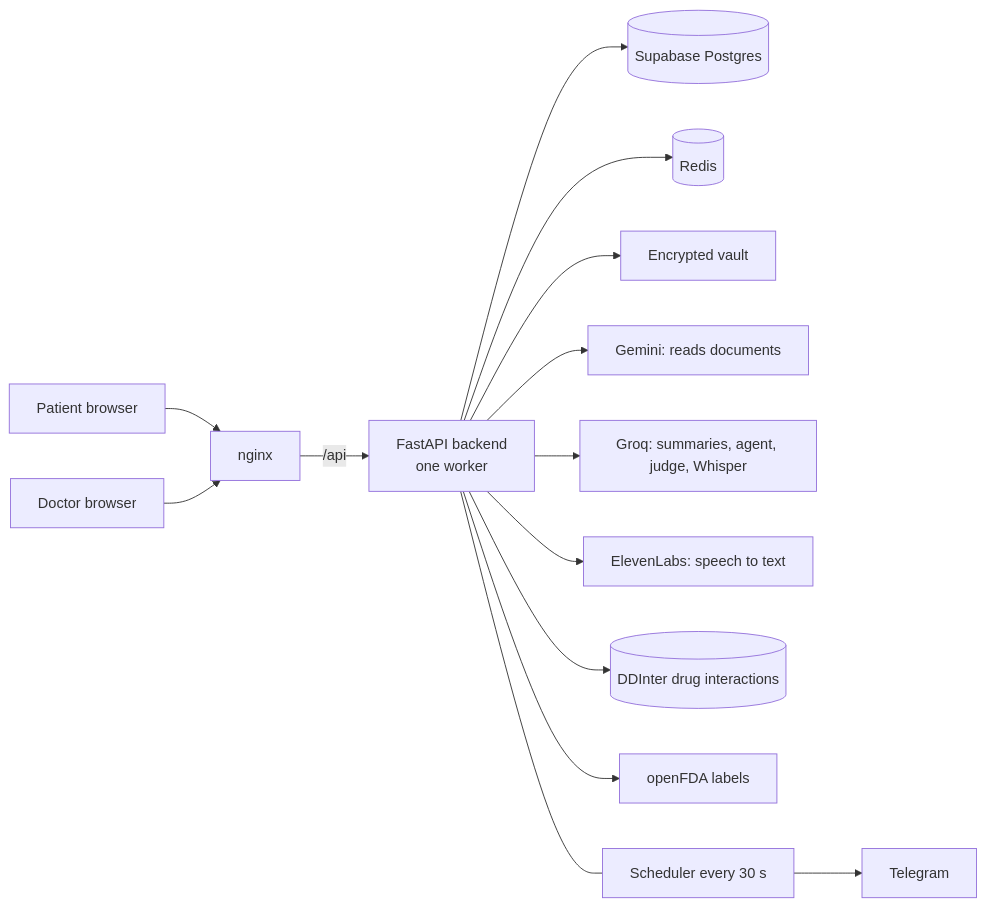
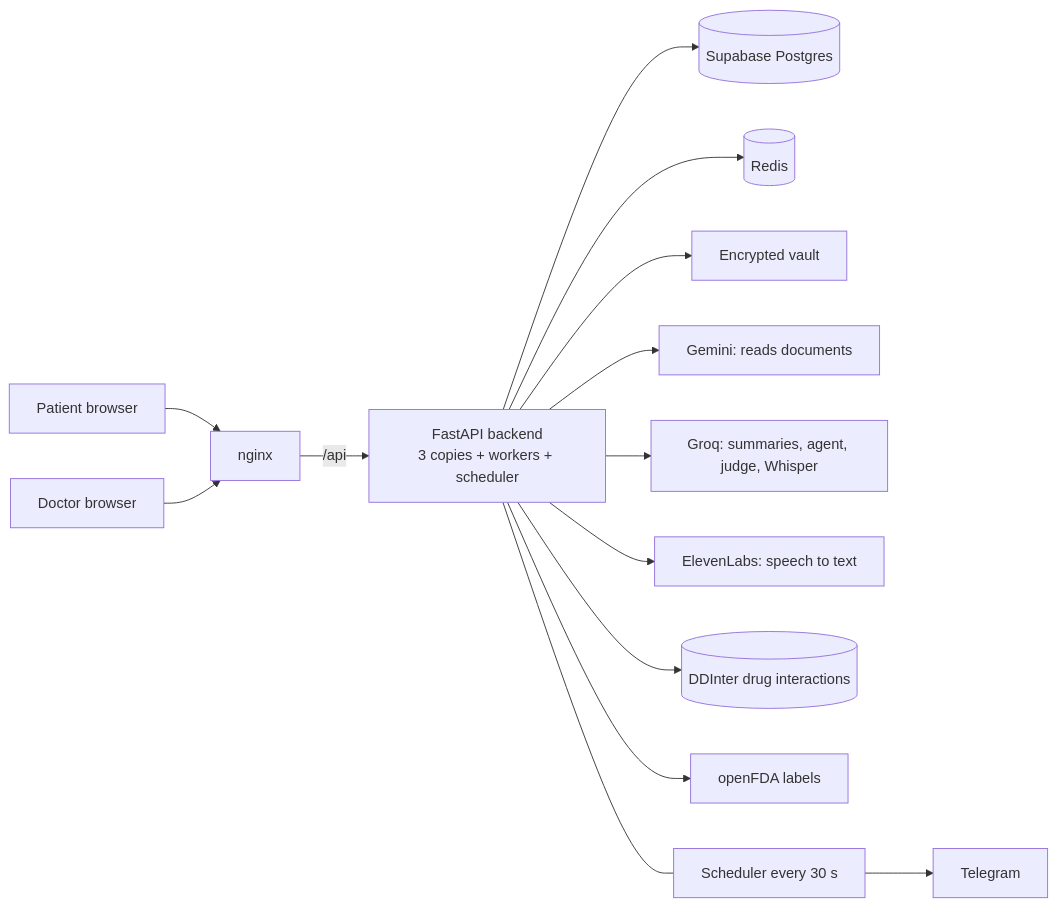
Before and after one commit to Aariyan007/YODHA-HACK: the diagram in docs/vault/Architecture.md, drawn with Mermaid. The commit also changed 5 other files, not shown here.

````diff
--- a/docs/vault/Architecture.md
+++ b/docs/vault/Architecture.md
@@ -8,16 +8,16 @@
 ```mermaid
 flowchart LR
   P[Patient browser] --> N[nginx]
   D[Doctor browser] --> N
-  N -->|/api| API[FastAPI backend<br/>one worker]
+  N -->|/api| API[FastAPI backend<br/>3 copies + workers + scheduler]
   API --> PG[(Supabase Postgres)]
   API --> RD[(Redis)]
   API --> V[Encrypted vault]
   API --> GEM[Gemini: reads documents]
   API --> GRQ[Groq: summaries, agent, judge, Whisper]
   API --> EL[ElevenLabs: speech to text]
   API --> DDI[(DDInter drug interactions)]
   API --> FDA[openFDA labels]
   SCH[Scheduler every 30 s] --> TG[Telegram]
   API --- SCH
 ```
````
